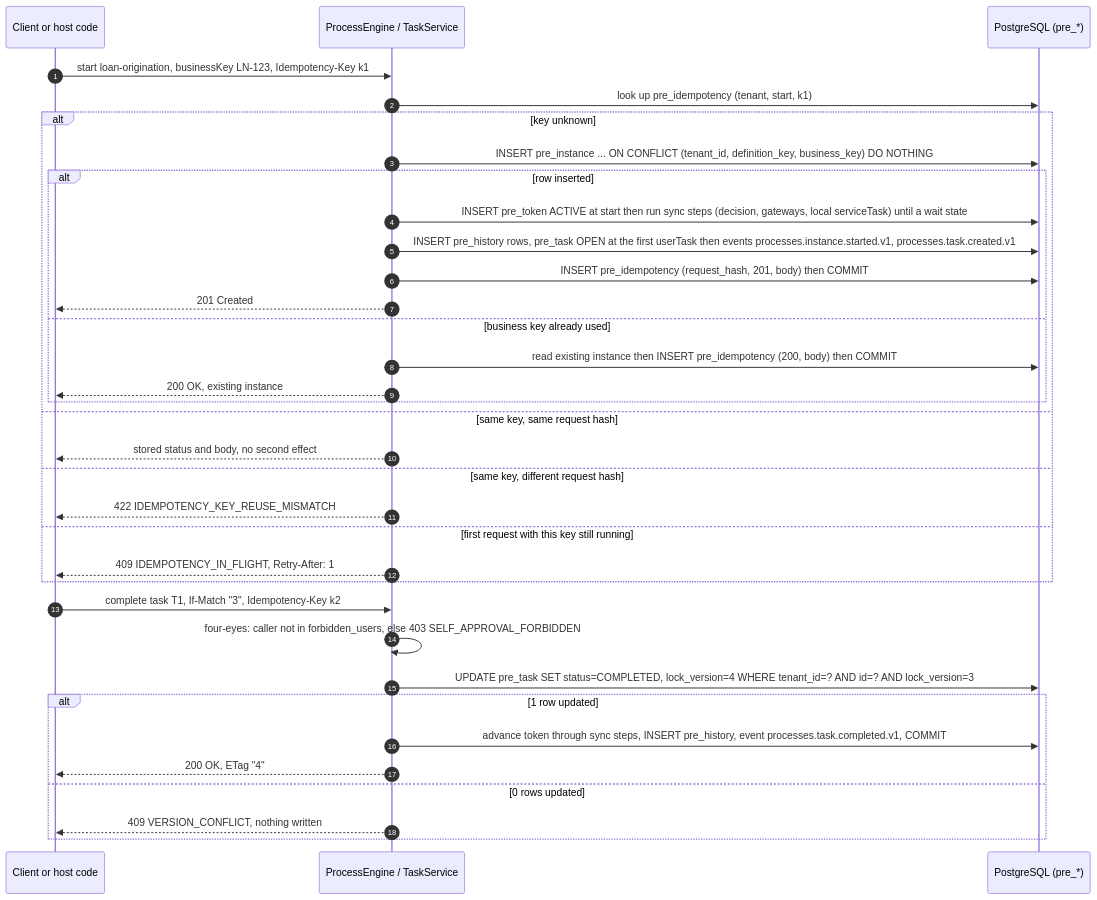
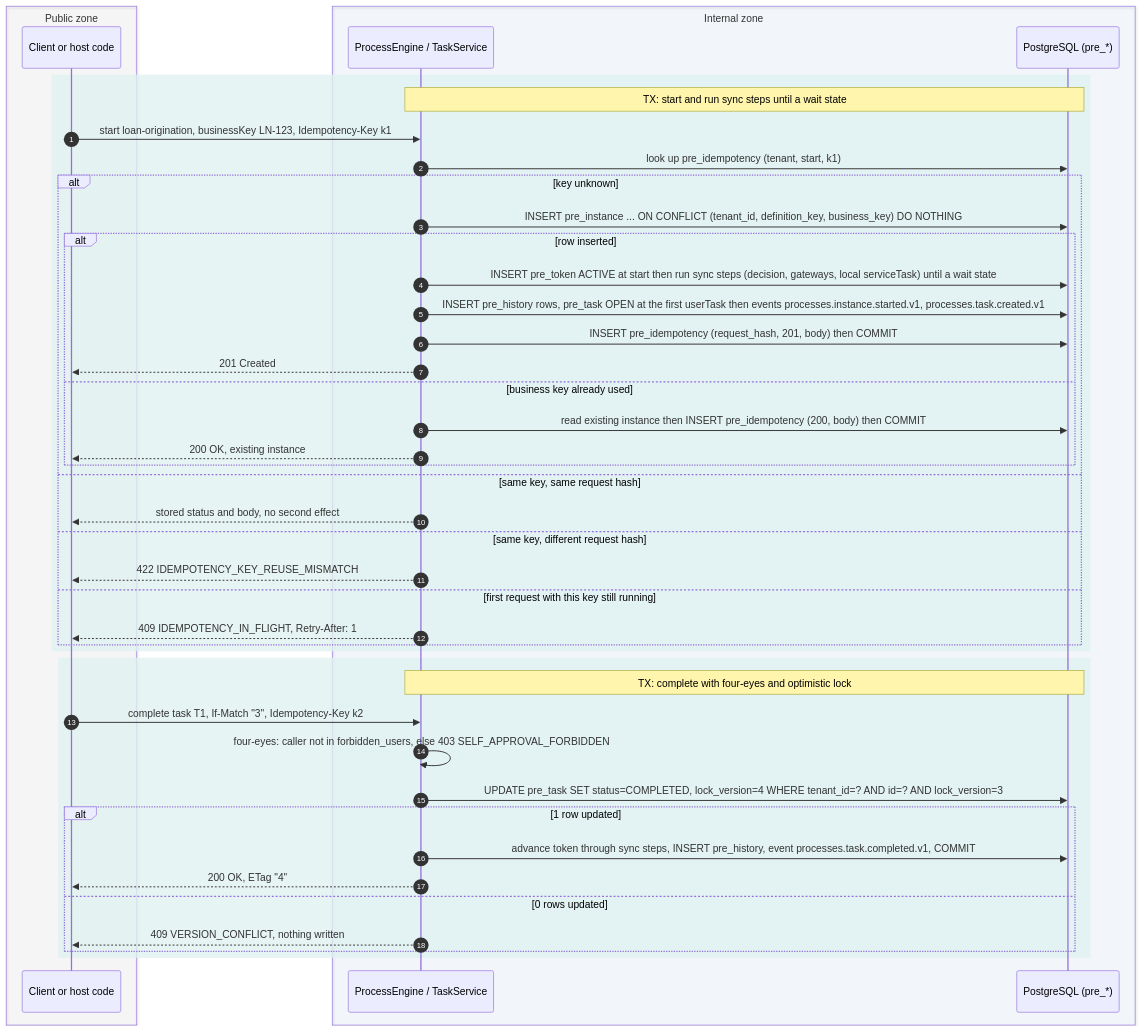
The diagram in docs/architecture/diagrams/process-step-in-transaction.mmd (dhluong90/horus-Agentic-BPM), drawn with Mermaid before and after one commit. The commit also changed 99 other files, not shown here.

First line of the commit message:
docs(wiki): shared diagram palette, 4-zone views, cockpit diagrams and evaluator pages

```diff
--- a/docs/architecture/diagrams/process-step-in-transaction.mmd
+++ b/docs/architecture/diagrams/process-step-in-transaction.mmd
@@ -1,36 +1,46 @@
 sequenceDiagram
   autonumber
-  participant C as Client or host code
-  participant PE as ProcessEngine / TaskService
-  participant DB as PostgreSQL (pre_*)
-
-  C->>PE: start loan-origination, businessKey LN-123, Idempotency-Key k1
-  PE->>DB: look up pre_idempotency (tenant, start, k1)
-  alt key unknown
-    PE->>DB: INSERT pre_instance ... ON CONFLICT (tenant_id, definition_key, business_key) DO NOTHING
-    alt row inserted
-      PE->>DB: INSERT pre_token ACTIVE at start then run sync steps (decision, gateways, local serviceTask) until a wait state
-      PE->>DB: INSERT pre_history rows, pre_task OPEN at the first userTask then events processes.instance.started.v1, processes.task.created.v1
-      PE->>DB: INSERT pre_idempotency (request_hash, 201, body) then COMMIT
-      PE-->>C: 201 Created
-    else business key already used
-      PE->>DB: read existing instance then INSERT pre_idempotency (200, body) then COMMIT
-      PE-->>C: 200 OK, existing instance
-    end
-  else same key, same request hash
-    PE-->>C: stored status and body, no second effect
-  else same key, different request hash
-    PE-->>C: 422 IDEMPOTENCY_KEY_REUSE_MISMATCH
-  else first request with this key still running
-    PE-->>C: 409 IDEMPOTENCY_IN_FLIGHT, Retry-After: 1
+  box rgba(158,158,158,0.06) Public zone
+    participant C as Client or host code
+  end
+  box rgba(21,101,192,0.04) Internal zone
+    participant PE as ProcessEngine / TaskService
+    participant DB as PostgreSQL (pre_*)
   end
 
-  C->>PE: complete task T1, If-Match "3", Idempotency-Key k2
-  PE->>PE: four-eyes: caller not in forbidden_users, else 403 SELF_APPROVAL_FORBIDDEN
-  PE->>DB: UPDATE pre_task SET status=COMPLETED, lock_version=4 WHERE tenant_id=? AND id=? AND lock_version=3
-  alt 1 row updated
-    PE->>DB: advance token through sync steps, INSERT pre_history, event processes.task.completed.v1, COMMIT
-    PE-->>C: 200 OK, ETag "4"
-  else 0 rows updated
-    PE-->>C: 409 VERSION_CONFLICT, nothing written
+  rect rgba(224,242,241,0.8)
+    Note over PE,DB: TX: start and run sync steps until a wait state
+    C->>PE: start loan-origination, businessKey LN-123, Idempotency-Key k1
+    PE->>DB: look up pre_idempotency (tenant, start, k1)
+    alt key unknown
+      PE->>DB: INSERT pre_instance ... ON CONFLICT (tenant_id, definition_key, business_key) DO NOTHING
+      alt row inserted
+        PE->>DB: INSERT pre_token ACTIVE at start then run sync steps (decision, gateways, local serviceTask) until a wait state
+        PE->>DB: INSERT pre_history rows, pre_task OPEN at the first userTask then events processes.instance.started.v1, processes.task.created.v1
+        PE->>DB: INSERT pre_idempotency (request_hash, 201, body) then COMMIT
+        PE-->>C: 201 Created
+      else business key already used
+        PE->>DB: read existing instance then INSERT pre_idempotency (200, body) then COMMIT
+        PE-->>C: 200 OK, existing instance
+      end
+    else same key, same request hash
+      PE-->>C: stored status and body, no second effect
+    else same key, different request hash
+      PE-->>C: 422 IDEMPOTENCY_KEY_REUSE_MISMATCH
+    else first request with this key still running
+      PE-->>C: 409 IDEMPOTENCY_IN_FLIGHT, Retry-After: 1
+    end
   end
+
+  rect rgba(224,242,241,0.8)
+    Note over PE,DB: TX: complete with four-eyes and optimistic lock
+    C->>PE: complete task T1, If-Match "3", Idempotency-Key k2
+    PE->>PE: four-eyes: caller not in forbidden_users, else 403 SELF_APPROVAL_FORBIDDEN
+    PE->>DB: UPDATE pre_task SET status=COMPLETED, lock_version=4 WHERE tenant_id=? AND id=? AND lock_version=3
+    alt 1 row updated
+      PE->>DB: advance token through sync steps, INSERT pre_history, event processes.task.completed.v1, COMMIT
+      PE-->>C: 200 OK, ETag "4"
+    else 0 rows updated
+      PE-->>C: 409 VERSION_CONFLICT, nothing written
+    end
+  end
```
